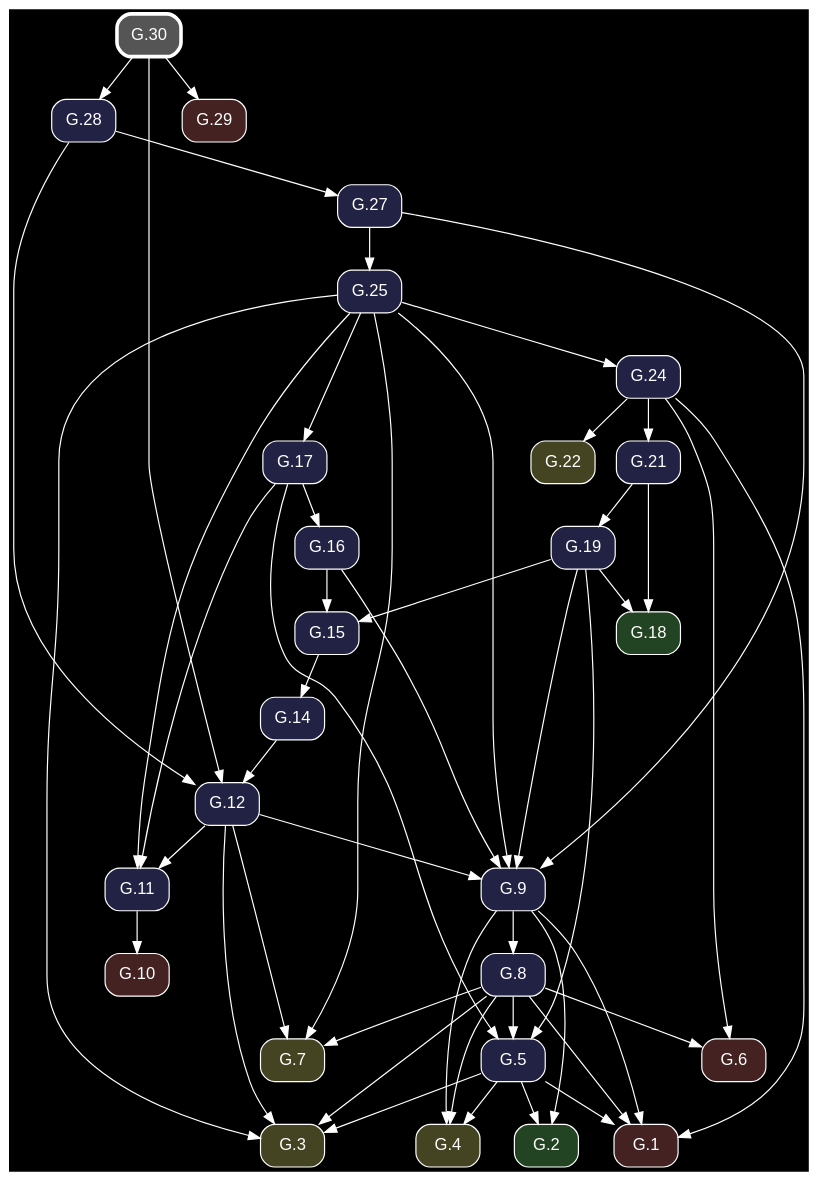
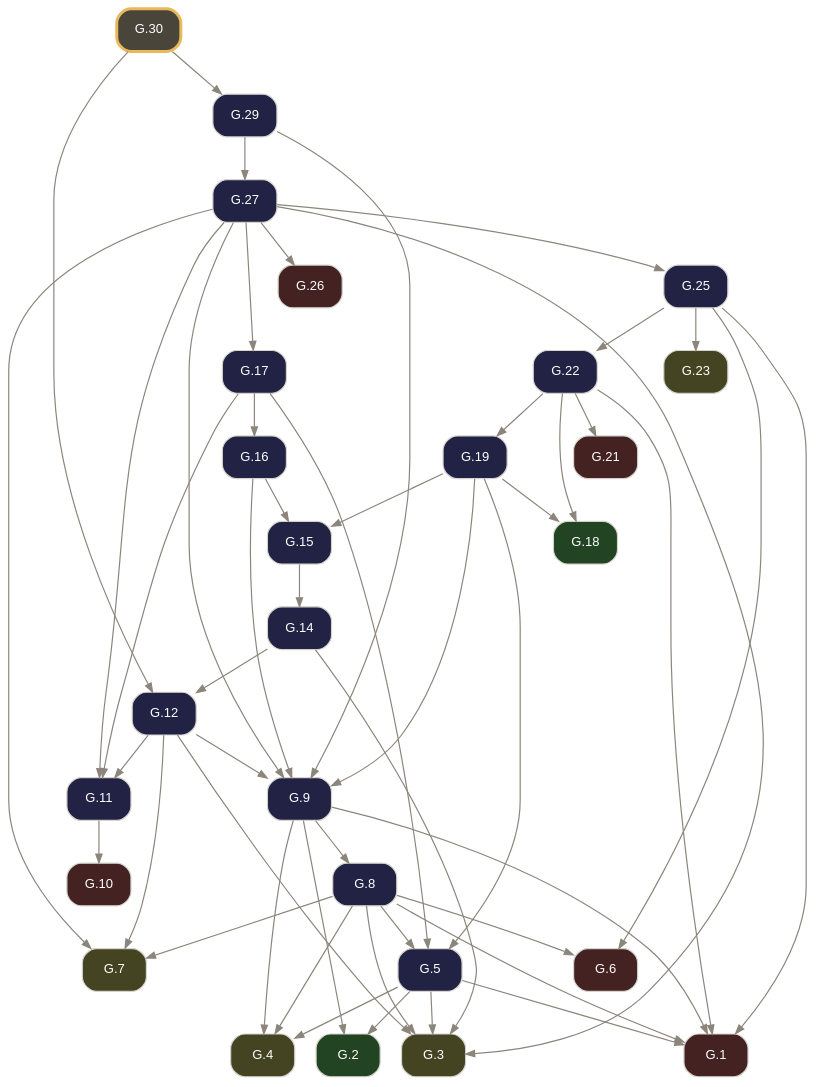
The diagram in docsrc/elements2/G.30/index.rst (geometor/elements), drawn with Graphviz before and after one commit. The commit also changed other lines of this file and 261 other files, not shown here.

Commit message:
feat: rebuild Elements 2.0 G-Index pipeline from composed Euclid Heath edition (v0.3.0)

```diff
--- a/docsrc/elements2/G.30/index.rst
+++ b/docsrc/elements2/G.30/index.rst
@@ -54,83 +65,84 @@
 .. graphviz::
 
    digraph {
-     bgcolor="black";
-     node [shape=box, style="rounded,filled", fontname="Helvetica", color="white", fontcolor="white"];
-     edge [color="white", fontcolor="white"];
+     bgcolor="transparent";
+     node [shape=box, style="rounded,filled", fontname="Helvetica", fontsize=11, color="#d6d3cd", fontcolor="#ffffff"];
+     edge [color="#8c857b", fontcolor="#8c857b", arrowsize=0.75];
      rankdir="TB";
-     "G.27" [label="G.27", fillcolor="#222244", URL="/elements2/G.27/", target="_top"];
-     "G.6" [label="G.6", fillcolor="#442222", URL="/elements2/G.6/", target="_top"];
-     "G.19" [label="G.19", fillcolor="#222244", URL="/elements2/G.19/", target="_top"];
-     "G.24" [label="G.24", fillcolor="#222244", URL="/elements2/G.24/", target="_top"];
-     "G.21" [label="G.21", fillcolor="#222244", URL="/elements2/G.21/", target="_top"];
-     "G.10" [label="G.10", fillcolor="#442222", URL="/elements2/G.10/", target="_top"];
-     "G.7" [label="G.7", fillcolor="#444422", URL="/elements2/G.7/", target="_top"];
-     "G.3" [label="G.3", fillcolor="#444422", URL="/elements2/G.3/", target="_top"];
-     "G.17" [label="G.17", fillcolor="#222244", URL="/elements2/G.17/", target="_top"];
-     "G.15" [label="G.15", fillcolor="#222244", URL="/elements2/G.15/", target="_top"];
-     "G.5" [label="G.5", fillcolor="#222244", URL="/elements2/G.5/", target="_top"];
-     "G.30" [label="G.30", penwidth=3, color="white", fillcolor="#555555", URL="/elements2/G.30/", target="_top"];
-     "G.1" [label="G.1", fillcolor="#442222", URL="/elements2/G.1/", target="_top"];
-     "G.2" [label="G.2", fillcolor="#224422", URL="/elements2/G.2/", target="_top"];
-     "G.12" [label="G.12", fillcolor="#222244", URL="/elements2/G.12/", target="_top"];
-     "G.22" [label="G.22", fillcolor="#444422", URL="/elements2/G.22/", target="_top"];
-     "G.14" [label="G.14", fillcolor="#222244", URL="/elements2/G.14/", target="_top"];
-     "G.28" [label="G.28", fillcolor="#222244", URL="/elements2/G.28/", target="_top"];
-     "G.8" [label="G.8", fillcolor="#222244", URL="/elements2/G.8/", target="_top"];
-     "G.9" [label="G.9", fillcolor="#222244", URL="/elements2/G.9/", target="_top"];
-     "G.25" [label="G.25", fillcolor="#222244", URL="/elements2/G.25/", target="_top"];
-     "G.18" [label="G.18", fillcolor="#224422", URL="/elements2/G.18/", target="_top"];
-     "G.29" [label="G.29", fillcolor="#442222", URL="/elements2/G.29/", target="_top"];
-     "G.11" [label="G.11", fillcolor="#222244", URL="/elements2/G.11/", target="_top"];
-     "G.4" [label="G.4", fillcolor="#444422", URL="/elements2/G.4/", target="_top"];
-     "G.16" [label="G.16", fillcolor="#222244", URL="/elements2/G.16/", target="_top"];
-     "G.28" -> "G.27";
-     "G.24" -> "G.6";
-     "G.8" -> "G.6";
-     "G.21" -> "G.19";
-     "G.25" -> "G.24";
-     "G.24" -> "G.21";
-     "G.11" -> "G.10";
-     "G.25" -> "G.7";
-     "G.8" -> "G.7";
-     "G.12" -> "G.7";
+     "G.1" [label="G.1", tooltip="G.1 (I.cn.1)", fillcolor="#442222", URL="../G.1/index.html", target="_top"];
+     "G.2" [label="G.2", tooltip="G.2 (I.def.15)", fillcolor="#224422", URL="../G.2/index.html", target="_top"];
+     "G.3" [label="G.3", tooltip="G.3 (I.post.1)", fillcolor="#444422", URL="../G.3/index.html", target="_top"];
+     "G.4" [label="G.4", tooltip="G.4 (I.post.3)", fillcolor="#444422", URL="../G.4/index.html", target="_top"];
+     "G.5" [label="G.5", tooltip="G.5 (I.1)", fillcolor="#222244", URL="../G.5/index.html", target="_top"];
+     "G.6" [label="G.6", tooltip="G.6 (I.cn.3)", fillcolor="#442222", URL="../G.6/index.html", target="_top"];
+     "G.7" [label="G.7", tooltip="G.7 (I.post.2)", fillcolor="#444422", URL="../G.7/index.html", target="_top"];
+     "G.8" [label="G.8", tooltip="G.8 (I.2)", fillcolor="#222244", URL="../G.8/index.html", target="_top"];
+     "G.9" [label="G.9", tooltip="G.9 (I.3)", fillcolor="#222244", URL="../G.9/index.html", target="_top"];
+     "G.10" [label="G.10", tooltip="G.10 (I.cn.4)", fillcolor="#442222", URL="../G.10/index.html", target="_top"];
+     "G.11" [label="G.11", tooltip="G.11 (I.4)", fillcolor="#222244", URL="../G.11/index.html", target="_top"];
+     "G.12" [label="G.12", tooltip="G.12 (I.5)", fillcolor="#222244", URL="../G.12/index.html", target="_top"];
+     "G.14" [label="G.14", tooltip="G.14 (I.7)", fillcolor="#222244", URL="../G.14/index.html", target="_top"];
+     "G.15" [label="G.15", tooltip="G.15 (I.8)", fillcolor="#222244", URL="../G.15/index.html", target="_top"];
+     "G.16" [label="G.16", tooltip="G.16 (I.9)", fillcolor="#222244", URL="../G.16/index.html", target="_top"];
+     "G.17" [label="G.17", tooltip="G.17 (I.10)", fillcolor="#222244", URL="../G.17/index.html", target="_top"];
+     "G.18" [label="G.18", tooltip="G.18 (I.def.10)", fillcolor="#224422", URL="../G.18/index.html", target="_top"];
+     "G.19" [label="G.19", tooltip="G.19 (I.11)", fillcolor="#222244", URL="../G.19/index.html", target="_top"];
+     "G.21" [label="G.21", tooltip="G.21 (I.cn.2)", fillcolor="#442222", URL="../G.21/index.html", target="_top"];
+     "G.22" [label="G.22", tooltip="G.22 (I.13)", fillcolor="#222244", URL="../G.22/index.html", target="_top"];
+     "G.23" [label="G.23", tooltip="G.23 (I.post.4)", fillcolor="#444422", URL="../G.23/index.html", target="_top"];
+     "G.25" [label="G.25", tooltip="G.25 (I.15)", fillcolor="#222244", URL="../G.25/index.html", target="_top"];
+     "G.26" [label="G.26", tooltip="G.26 (I.cn.5)", fillcolor="#442222", URL="../G.26/index.html", target="_top"];
+     "G.27" [label="G.27", tooltip="G.27 (I.16)", fillcolor="#222244", URL="../G.27/index.html", target="_top"];
+     "G.29" [label="G.29", tooltip="G.29 (I.18)", fillcolor="#222244", URL="../G.29/index.html", target="_top"];
+     "G.30" [label="G.30", tooltip="G.30 (I.19)", penwidth=2.5, color="#e8b85a", fillcolor="#4a453b", URL="index.html", target="_top"];
+     "G.5" -> "G.1";
+     "G.8" -> "G.1";
+     "G.9" -> "G.1";
+     "G.22" -> "G.1";
+     "G.25" -> "G.1";
+     "G.5" -> "G.2";
+     "G.9" -> "G.2";
      "G.5" -> "G.3";
-     "G.25" -> "G.3";
      "G.8" -> "G.3";
      "G.12" -> "G.3";
-     "G.25" -> "G.17";
-     "G.19" -> "G.15";
-     "G.16" -> "G.15";
-     "G.19" -> "G.5";
-     "G.8" -> "G.5";
-     "G.17" -> "G.5";
-     "G.5" -> "G.1";
-     "G.24" -> "G.1";
-     "G.8" -> "G.1";
-     "G.9" -> "G.1";
-     "G.5" -> "G.2";
-     "G.9" -> "G.2";
-     "G.30" -> "G.12";
-     "G.28" -> "G.12";
-     "G.14" -> "G.12";
-     "G.24" -> "G.22";
-     "G.15" -> "G.14";
-     "G.30" -> "G.28";
-     "G.9" -> "G.8";
-     "G.19" -> "G.9";
-     "G.25" -> "G.9";
-     "G.16" -> "G.9";
-     "G.27" -> "G.9";
-     "G.12" -> "G.9";
-     "G.27" -> "G.25";
-     "G.19" -> "G.18";
-     "G.21" -> "G.18";
-     "G.30" -> "G.29";
-     "G.25" -> "G.11";
-     "G.17" -> "G.11";
-     "G.12" -> "G.11";
+     "G.14" -> "G.3";
+     "G.27" -> "G.3";
      "G.5" -> "G.4";
      "G.8" -> "G.4";
      "G.9" -> "G.4";
+     "G.8" -> "G.5";
+     "G.17" -> "G.5";
+     "G.19" -> "G.5";
+     "G.8" -> "G.6";
+     "G.25" -> "G.6";
+     "G.8" -> "G.7";
+     "G.12" -> "G.7";
+     "G.27" -> "G.7";
+     "G.9" -> "G.8";
+     "G.12" -> "G.9";
+     "G.16" -> "G.9";
+     "G.19" -> "G.9";
+     "G.27" -> "G.9";
+     "G.29" -> "G.9";
+     "G.11" -> "G.10";
+     "G.12" -> "G.11";
+     "G.17" -> "G.11";
+     "G.27" -> "G.11";
+     "G.14" -> "G.12";
+     "G.30" -> "G.12";
+     "G.15" -> "G.14";
+     "G.16" -> "G.15";
+     "G.19" -> "G.15";
      "G.17" -> "G.16";
+     "G.27" -> "G.17";
+     "G.19" -> "G.18";
+     "G.22" -> "G.18";
+     "G.22" -> "G.19";
+     "G.22" -> "G.21";
+     "G.25" -> "G.22";
+     "G.25" -> "G.23";
+     "G.27" -> "G.25";
+     "G.27" -> "G.26";
+     "G.29" -> "G.27";
+     "G.30" -> "G.29";
    }
```
